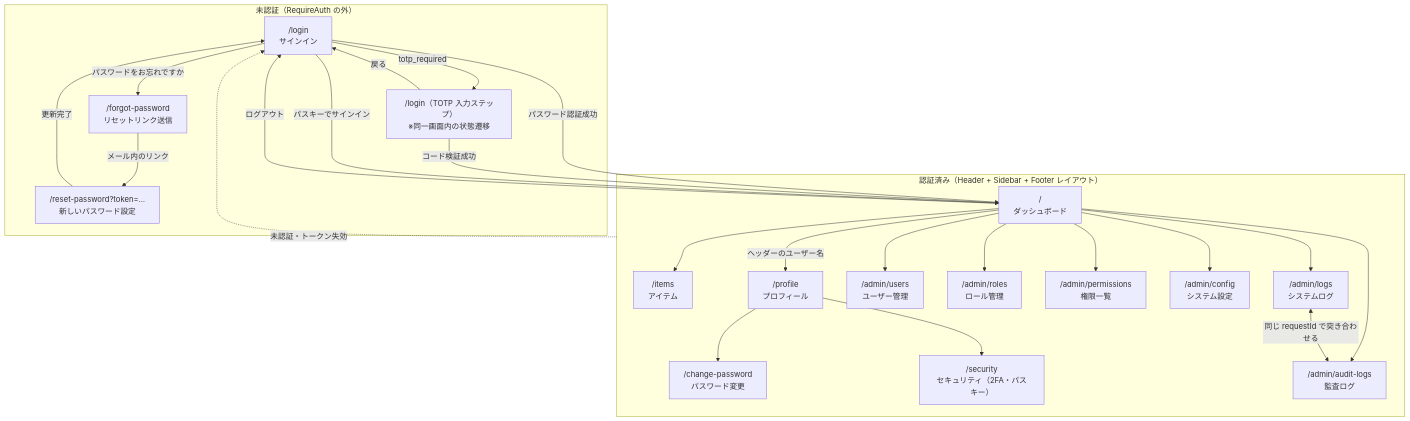
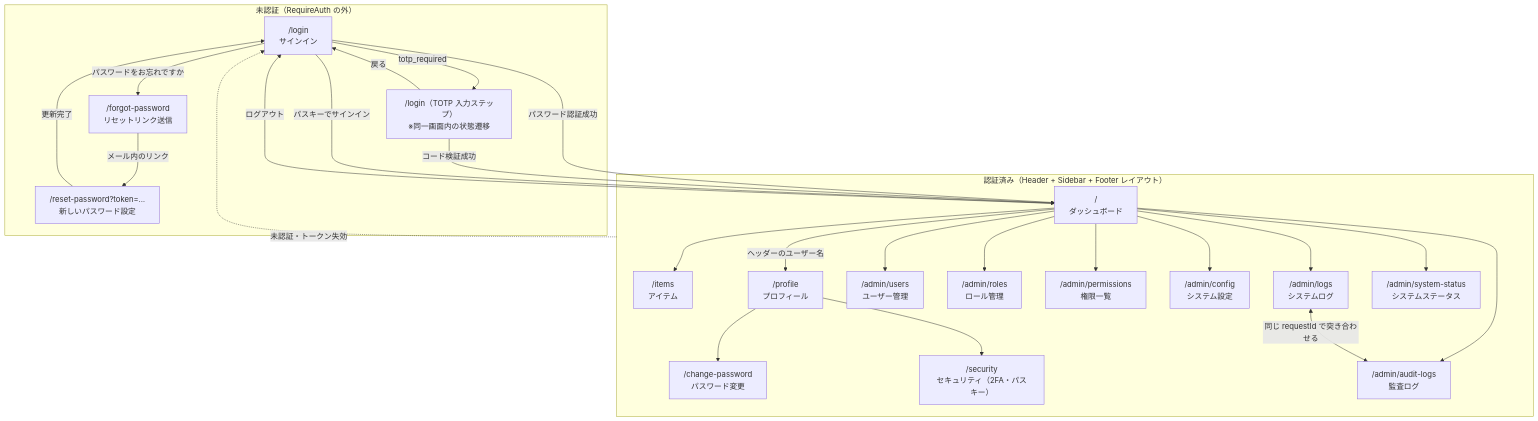
The diagram in frontend/README.md (kiyoteruhosoda/fastapitemplate), drawn with Mermaid before and after one commit. The commit also changed other lines of this file and 21 other files, not shown here.

````diff
--- a/frontend/README.md
+++ b/frontend/README.md
@@ -35,47 +35,49 @@
 ```mermaid
 flowchart TD
     subgraph public["未認証（RequireAuth の外）"]
         Login["/login<br/>サインイン"]
         Totp["/login（TOTP 入力ステップ）<br/>※同一画面内の状態遷移"]
         Forgot["/forgot-password<br/>リセットリンク送信"]
         Reset["/reset-password?token=…<br/>新しいパスワード設定"]
     end
 
     subgraph private["認証済み（Header + Sidebar + Footer レイアウト）"]
         Dashboard["/<br/>ダッシュボード"]
         Items["/items<br/>アイテム"]
         Profile["/profile<br/>プロフィール"]
         ChangePw["/change-password<br/>パスワード変更"]
         Security["/security<br/>セキュリティ（2FA・パスキー）"]
         Users["/admin/users<br/>ユーザー管理"]
         Roles["/admin/roles<br/>ロール管理"]
         Perms["/admin/permissions<br/>権限一覧"]
         Config["/admin/config<br/>システム設定"]
         Logs["/admin/logs<br/>システムログ"]
         Audit["/admin/audit-logs<br/>監査ログ"]
+        Status["/admin/system-status<br/>システムステータス"]
     end
 
     Login -->|"パスワード認証成功"| Dashboard
     Login -->|"totp_required"| Totp
     Totp -->|"コード検証成功"| Dashboard
     Totp -->|"戻る"| Login
     Login -->|"パスキーでサインイン"| Dashboard
     Login -->|"パスワードをお忘れですか"| Forgot
     Forgot -->|"メール内のリンク"| Reset
     Reset -->|"更新完了"| Login
 
     private -.->|"未認証・トークン失効"| Login
     Dashboard -->|"ログアウト"| Login
 
     Dashboard --> Items
     Dashboard --> Users
     Dashboard --> Roles
     Dashboard --> Perms
     Dashboard --> Config
     Dashboard --> Logs
     Dashboard --> Audit
+    Dashboard --> Status
     Logs <-->|"同じ requestId で突き合わせる"| Audit
     Dashboard -->|"ヘッダーのユーザー名"| Profile
     Profile --> ChangePw
     Profile --> Security
 ```
````
